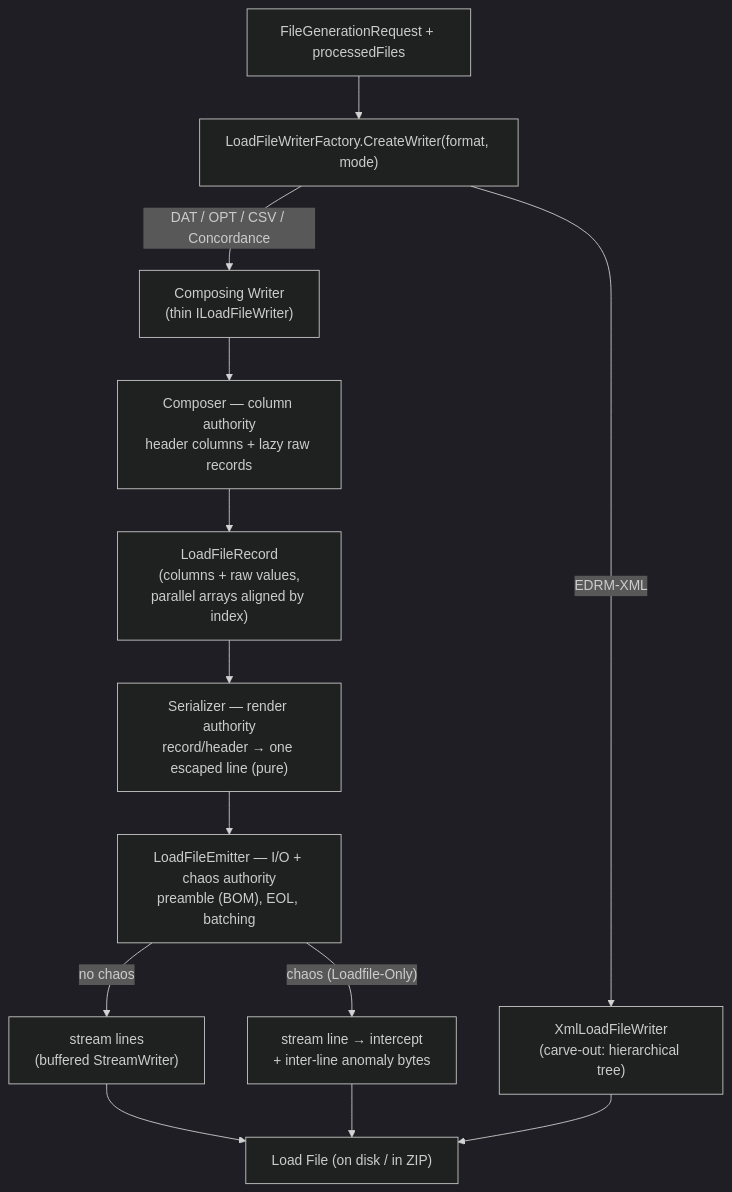
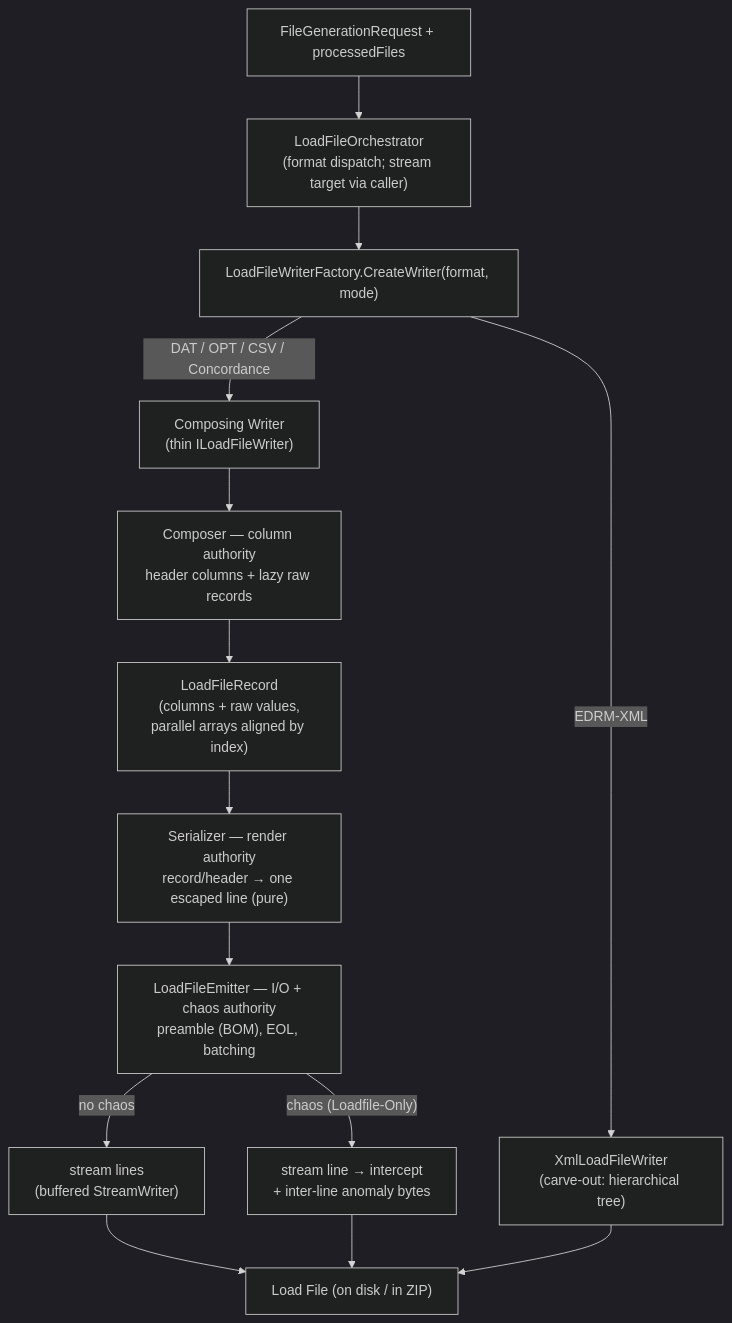
Before and after one commit to dwojtaszek/zipper: the third of 3 diagrams in docs/architecture.md, drawn with Mermaid (dark theme). The commit also changed other lines of this file and 6 other files, not shown here.

````diff
--- a/docs/architecture.md
+++ b/docs/architecture.md
@@ -164,19 +168,20 @@
 ```mermaid
 graph TD
     Req["FileGenerationRequest + processedFiles"]
-    Req --> Factory["LoadFileWriterFactory.CreateWriter(format, mode)"]
+    Req --> LFO["LoadFileOrchestrator<br/>(format dispatch; stream target via caller)"]
+    LFO --> Factory["LoadFileWriterFactory.CreateWriter(format, mode)"]
     Factory -->|"DAT / OPT / CSV / Concordance"| CW["Composing Writer<br/>(thin ILoadFileWriter)"]
     Factory -->|"EDRM-XML"| XML["XmlLoadFileWriter<br/>(carve-out: hierarchical tree)"]
 
     CW --> Comp["Composer — column authority<br/>header columns + lazy raw records"]
     Comp --> Rec["LoadFileRecord<br/>(columns + raw values,<br/>parallel arrays aligned by index)"]
     Rec --> Ser["Serializer — render authority<br/>record/header → one escaped line (pure)"]
     Ser --> Emit["LoadFileEmitter — I/O + chaos authority<br/>preamble (BOM), EOL, batching"]
 
     Emit -->|"no chaos"| Stream["stream lines<br/>(buffered StreamWriter)"]
     Emit -->|"chaos (Loadfile-Only)"| ChaosP["stream line → intercept<br/>+ inter-line anomaly bytes"]
 
     Stream --> Out["Load File (on disk / in ZIP)"]
     ChaosP --> Out
     XML --> Out
 ```
````
